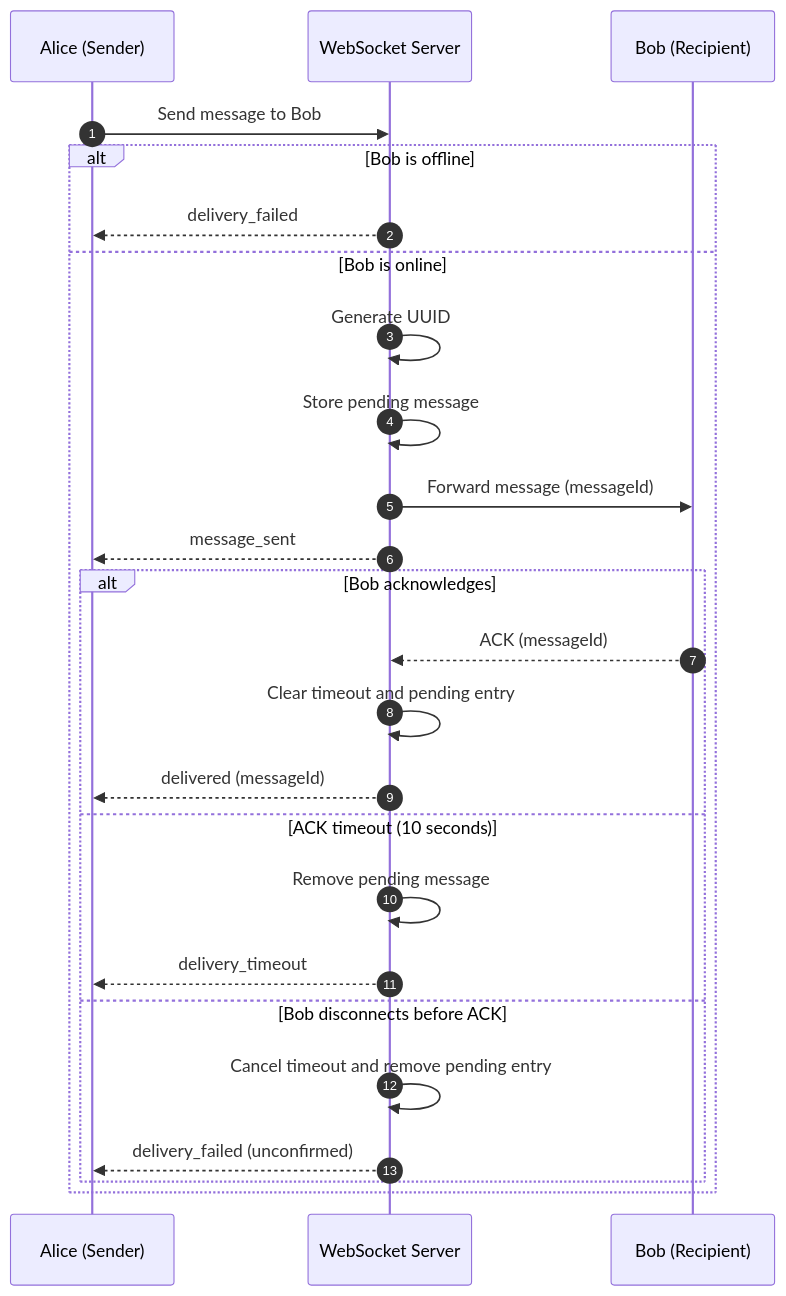
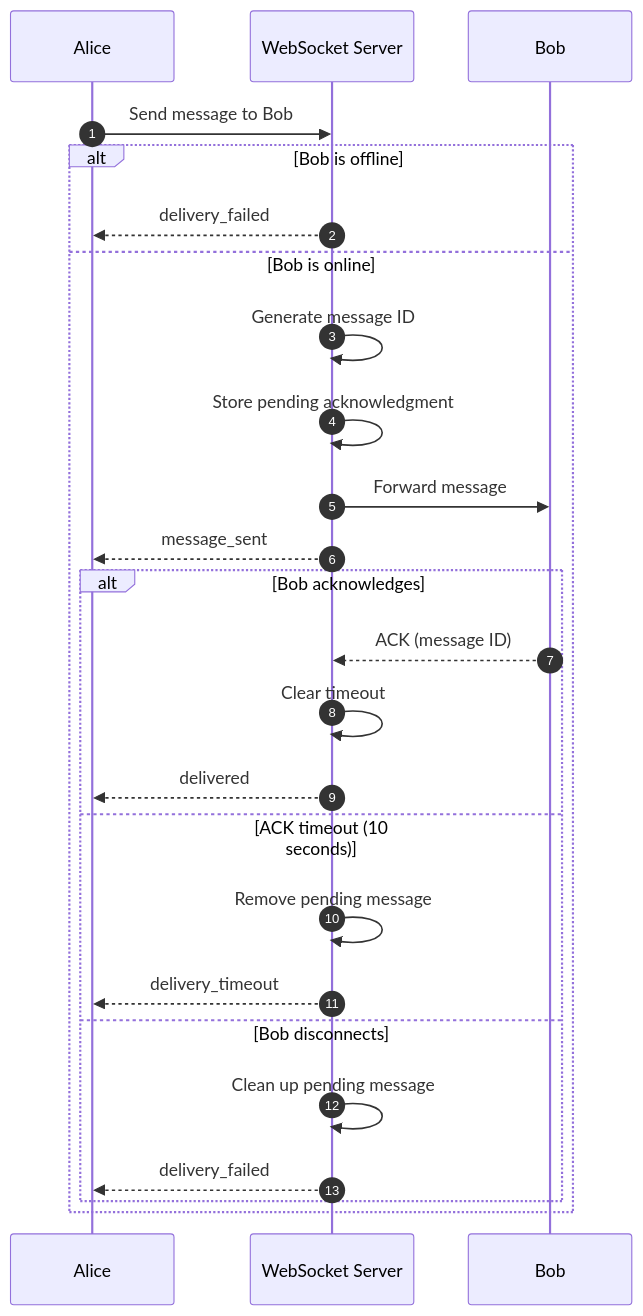
One commit to joellecosmo/realtime-chat changed the first of 2 diagrams in README.md. Above: the diagram before and after it, drawn with Mermaid. The commit also changed other lines of this file and 10 other files, not shown here.

Commit message:
feat: implement local GraphQL API with real-time subscriptions

````diff
--- a/README.md
+++ b/README.md
@@ -102,30 +113,30 @@
 ```mermaid
 sequenceDiagram
     autonumber
-    participant A as Alice (Sender)
+    participant A as Alice
     participant S as WebSocket Server
-    participant B as Bob (Recipient)
+    participant B as Bob
 
     A->>S: Send message to Bob
 
     alt Bob is offline
         S-->>A: delivery_failed
     else Bob is online
-        S->>S: Generate UUID
-        S->>S: Store pending message
-        S->>B: Forward message (messageId)
+        S->>S: Generate message ID
+        S->>S: Store pending acknowledgment
+        S->>B: Forward message
         S-->>A: message_sent
 
         alt Bob acknowledges
-            B-->>S: ACK (messageId)
-            S->>S: Clear timeout and pending entry
-            S-->>A: delivered (messageId)
+            B-->>S: ACK (message ID)
+            S->>S: Clear timeout
+            S-->>A: delivered
         else ACK timeout (10 seconds)
             S->>S: Remove pending message
             S-->>A: delivery_timeout
-        else Bob disconnects before ACK
-            S->>S: Cancel timeout and remove pending entry
-            S-->>A: delivery_failed (unconfirmed)
+        else Bob disconnects
+            S->>S: Clean up pending message
+            S-->>A: delivery_failed
         end
     end
 ```
````
